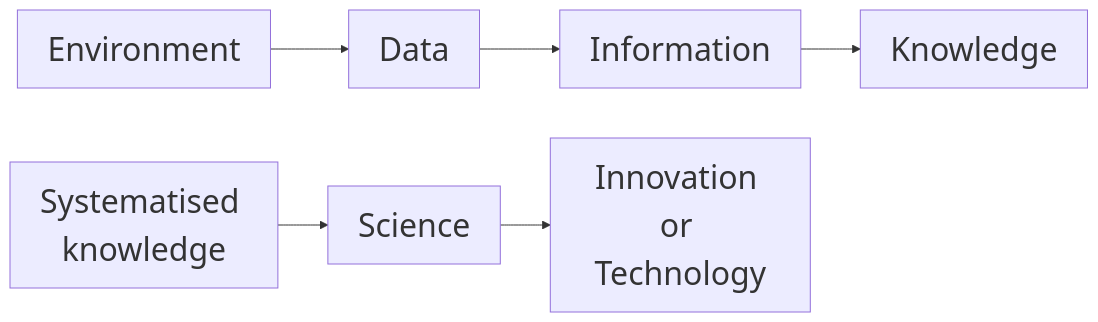
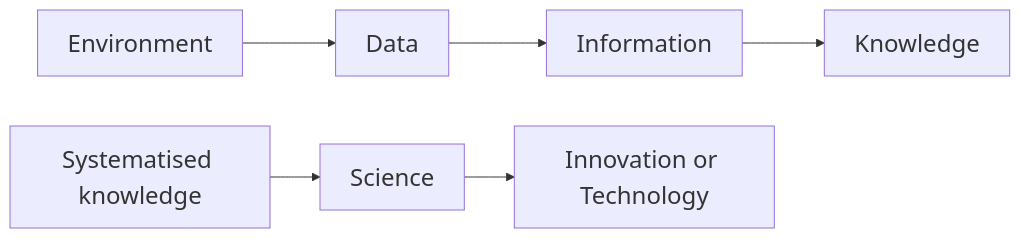
One commit to mk12022010/myweb changed the diagram in blogs/ARD5112.qmd. Above: the diagram before and after it, drawn with Mermaid. The commit also changed other lines of this file and 4 other files, not shown here.

````diff
--- a/blogs/ARD5112.qmd
+++ b/blogs/ARD5112.qmd
@@ -938,11 +938,13 @@
 ```{mermaid}
-%%| echo: false
-%%{init: {'themeVariables': { 'fontSize': '2rem'}}}%%
+%%{init: {'theme': 'default'}}%%
 graph LR
-A[Environment] --> B[Data]
-B --> C[Information]
-C --> D[Knowledge]
+    A[Environment] --> B[Data]
+    B --> C[Information]
+    C --> D[Knowledge]
+    E[Systematised knowledge] --> F[Science]
+    F --> G[Innovation or Technology]
 
-E[Systematised knowledge] --> F[Science]
-F --> G[Innovation or Technology]
+    %% Apply a large font size safely to all nodes
+    classDef largeFont font-size:24px;
+    class A,B,C,D,E,F,G largeFont;
 ```
````
